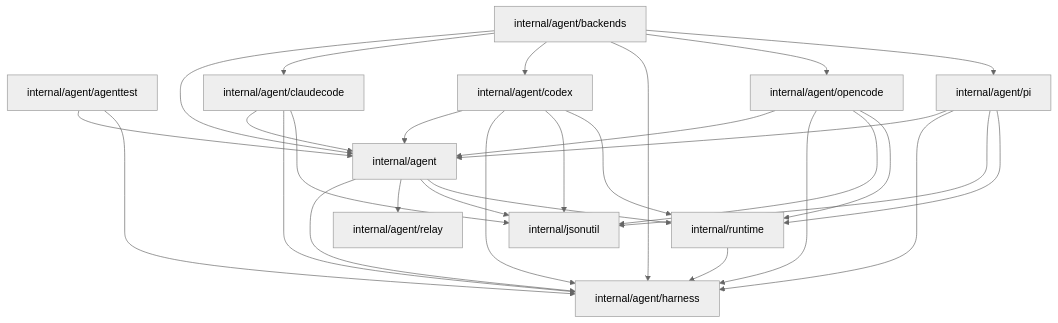
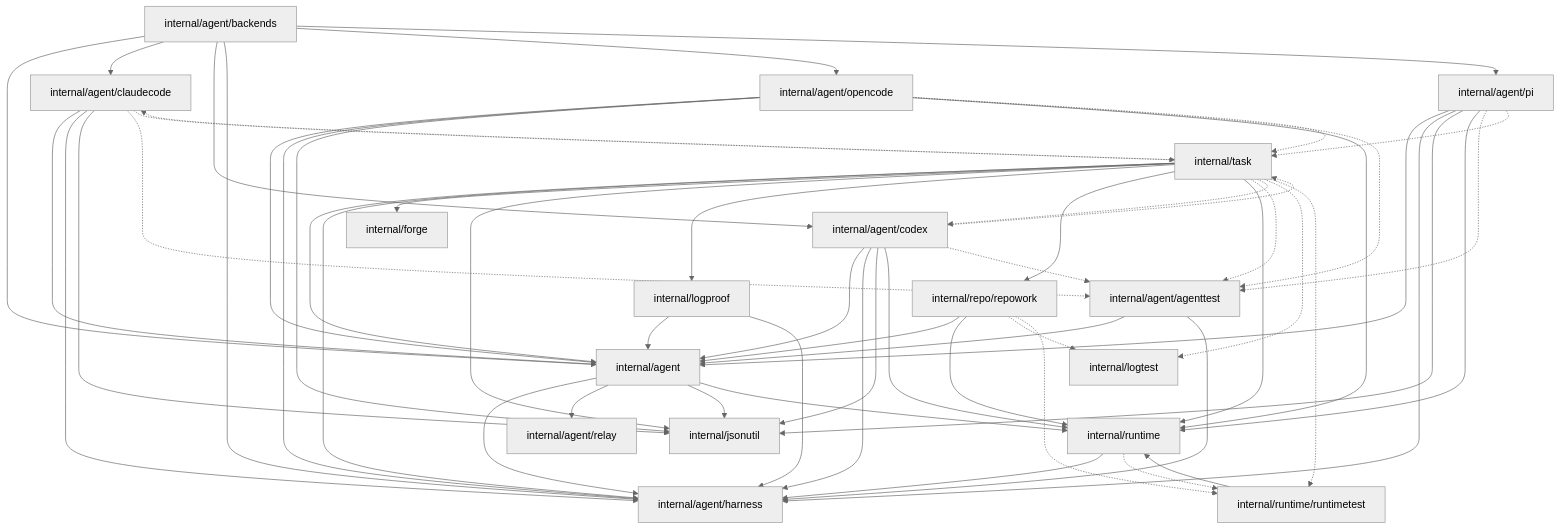
One commit to caic-xyz/caic changed the second of 3 diagrams in backend/docs/ARCHITECTURE.md. Above: the diagram before and after it, drawn with Mermaid (neutral theme). The commit also changed other lines of this file and 2 other files, not shown here.

First line of the commit message:
Include test-only imports in backend architecture diagrams

````diff
--- a/backend/docs/ARCHITECTURE.md
+++ b/backend/docs/ARCHITECTURE.md
@@ -201,43 +243,77 @@
 ```mermaid
 graph TD
   pkg_internal_agent["internal/agent"]
   pkg_internal_agent_agenttest["internal/agent/agenttest"]
   pkg_internal_agent_backends["internal/agent/backends"]
   pkg_internal_agent_claudecode["internal/agent/claudecode"]
   pkg_internal_agent_codex["internal/agent/codex"]
   pkg_internal_agent_harness["internal/agent/harness"]
   pkg_internal_agent_opencode["internal/agent/opencode"]
   pkg_internal_agent_pi["internal/agent/pi"]
   pkg_internal_agent_relay["internal/agent/relay"]
+  pkg_internal_forge["internal/forge"]
   pkg_internal_jsonutil["internal/jsonutil"]
+  pkg_internal_logproof["internal/logproof"]
+  pkg_internal_logtest["internal/logtest"]
+  pkg_internal_repo_repowork["internal/repo/repowork"]
   pkg_internal_runtime["internal/runtime"]
+  pkg_internal_runtime_runtimetest["internal/runtime/runtimetest"]
+  pkg_internal_task["internal/task"]
 
   pkg_internal_agent --> pkg_internal_agent_harness
   pkg_internal_agent --> pkg_internal_agent_relay
   pkg_internal_agent --> pkg_internal_jsonutil
   pkg_internal_agent --> pkg_internal_runtime
   pkg_internal_agent_agenttest --> pkg_internal_agent
   pkg_internal_agent_agenttest --> pkg_internal_agent_harness
   pkg_internal_agent_backends --> pkg_internal_agent
   pkg_internal_agent_backends --> pkg_internal_agent_claudecode
   pkg_internal_agent_backends --> pkg_internal_agent_codex
   pkg_internal_agent_backends --> pkg_internal_agent_harness
   pkg_internal_agent_backends --> pkg_internal_agent_opencode
   pkg_internal_agent_backends --> pkg_internal_agent_pi
   pkg_internal_agent_claudecode --> pkg_internal_agent
   pkg_internal_agent_claudecode --> pkg_internal_agent_harness
   pkg_internal_agent_claudecode --> pkg_internal_jsonutil
+  pkg_internal_agent_claudecode -.-> pkg_internal_agent_agenttest
+  pkg_internal_agent_claudecode -.-> pkg_internal_task
   pkg_internal_agent_codex --> pkg_internal_agent
   pkg_internal_agent_codex --> pkg_internal_agent_harness
   pkg_internal_agent_codex --> pkg_internal_jsonutil
   pkg_internal_agent_codex --> pkg_internal_runtime
+  pkg_internal_agent_codex -.-> pkg_internal_agent_agenttest
+  pkg_internal_agent_codex -.-> pkg_internal_task
   pkg_internal_agent_opencode --> pkg_internal_agent
   pkg_internal_agent_opencode --> pkg_internal_agent_harness
   pkg_internal_agent_opencode --> pkg_internal_jsonutil
   pkg_internal_agent_opencode --> pkg_internal_runtime
+  pkg_internal_agent_opencode -.-> pkg_internal_agent_agenttest
+  pkg_internal_agent_opencode -.-> pkg_internal_task
   pkg_internal_agent_pi --> pkg_internal_agent
   pkg_internal_agent_pi --> pkg_internal_agent_harness
   pkg_internal_agent_pi --> pkg_internal_jsonutil
   pkg_internal_agent_pi --> pkg_internal_runtime
+  pkg_internal_agent_pi -.-> pkg_internal_agent_agenttest
+  pkg_internal_agent_pi -.-> pkg_internal_task
+  pkg_internal_logproof --> pkg_internal_agent
+  pkg_internal_logproof --> pkg_internal_agent_harness
+  pkg_internal_repo_repowork --> pkg_internal_agent
+  pkg_internal_repo_repowork --> pkg_internal_runtime
+  pkg_internal_repo_repowork -.-> pkg_internal_logtest
+  pkg_internal_repo_repowork -.-> pkg_internal_runtime_runtimetest
   pkg_internal_runtime --> pkg_internal_agent_harness
+  pkg_internal_runtime -.-> pkg_internal_runtime_runtimetest
+  pkg_internal_runtime_runtimetest --> pkg_internal_runtime
+  pkg_internal_task --> pkg_internal_agent
+  pkg_internal_task --> pkg_internal_agent_harness
+  pkg_internal_task --> pkg_internal_forge
+  pkg_internal_task --> pkg_internal_jsonutil
+  pkg_internal_task --> pkg_internal_logproof
+  pkg_internal_task --> pkg_internal_repo_repowork
+  pkg_internal_task --> pkg_internal_runtime
+  pkg_internal_task -.-> pkg_internal_agent_agenttest
+  pkg_internal_task -.-> pkg_internal_agent_claudecode
+  pkg_internal_task -.-> pkg_internal_agent_codex
+  pkg_internal_task -.-> pkg_internal_logtest
+  pkg_internal_task -.-> pkg_internal_runtime_runtimetest
 ```
````
